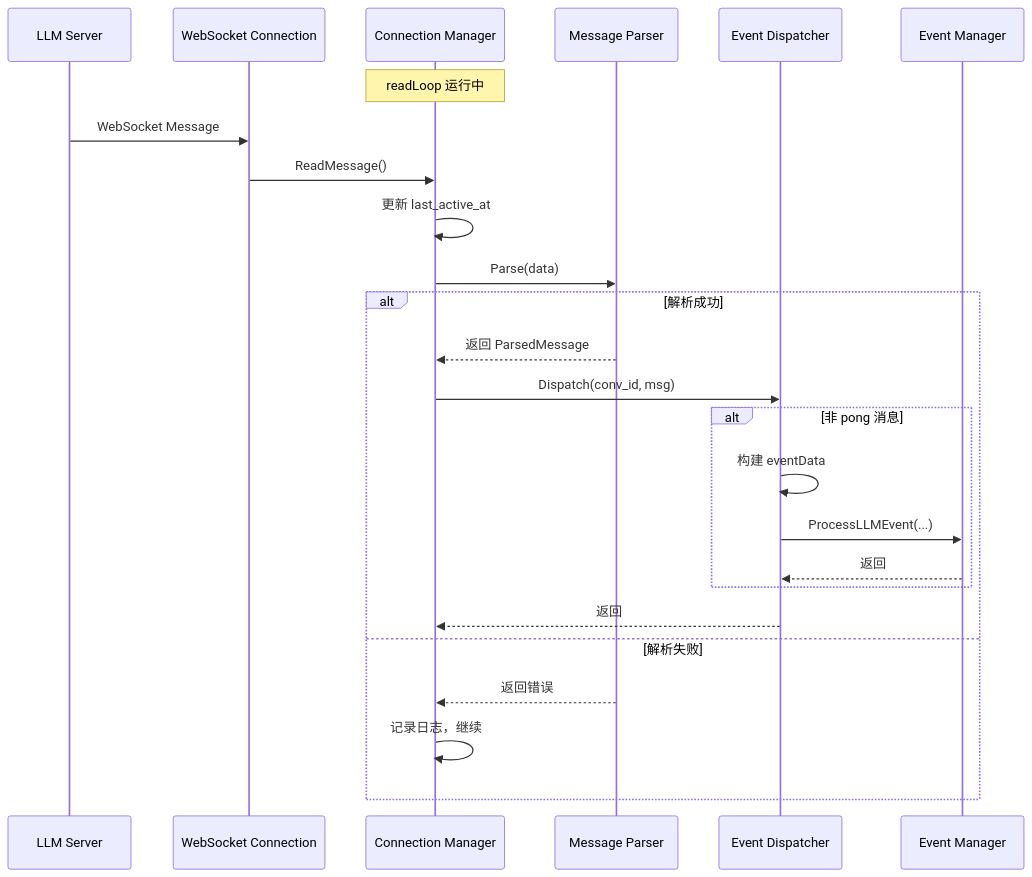
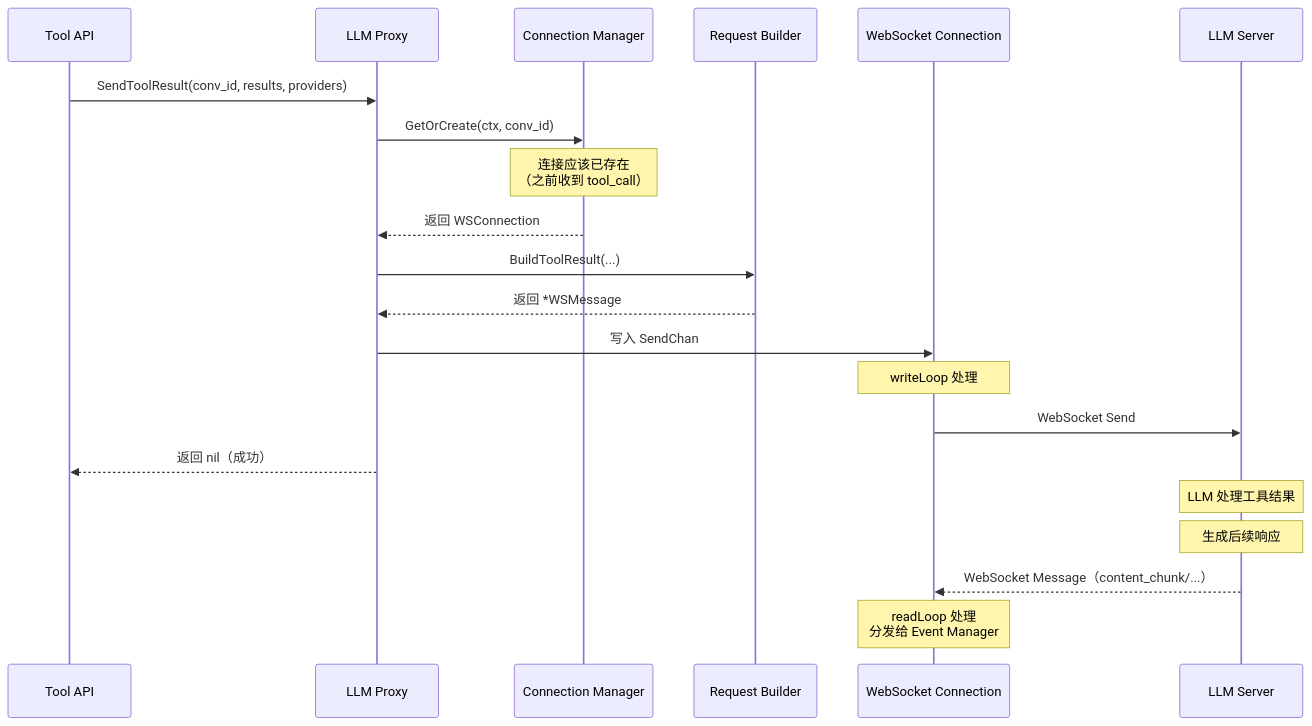
The diagram in all/未命名-10.md (yingjianzh/iodraw-files), drawn with Mermaid before and after one commit.

Commit message:
2025-12-25 18:12:22 update

````diff
--- a/all/未命名-10.md
+++ b/all/未命名-10.md
@@ -1,34 +1,34 @@
 ```mermaid
 sequenceDiagram
+    participant ToolAPI as Tool API
+    participant LLMProxy as LLM Proxy
+    participant ConnMgr as Connection Manager
+    participant ReqBuilder as Request Builder
+    participant WSConn as WebSocket Connection
     participant LLMServer as LLM Server
-    participant WSConn as WebSocket Connection
-    participant ConnMgr as Connection Manager
-    participant MsgParser as Message Parser
-    participant Dispatcher as Event Dispatcher
-    participant EventMgr as Event Manager
 
-    Note over ConnMgr: readLoop 运行中
-
-    LLMServer->>WSConn: WebSocket Message
-    WSConn->>ConnMgr: ReadMessage()
+    ToolAPI->>LLMProxy: SendToolResult(conv_id, results, providers)
     
-    ConnMgr->>ConnMgr: 更新 last_active_at
+    LLMProxy->>ConnMgr: GetOrCreate(ctx, conv_id)
     
-    ConnMgr->>MsgParser: Parse(data)
+    Note over ConnMgr: 连接应该已存在<br/>（之前收到 tool_call）
     
-    alt 解析成功
-        MsgParser-->>ConnMgr: 返回 ParsedMessage
-        ConnMgr->>Dispatcher: Dispatch(conv_id, msg)
-        
-        alt 非 pong 消息
-            Dispatcher->>Dispatcher: 构建 eventData
-            Dispatcher->>EventMgr: ProcessLLMEvent(...)
-            EventMgr-->>Dispatcher: 返回
-        end
-        
-        Dispatcher-->>ConnMgr: 返回
-    else 解析失败
-        MsgParser-->>ConnMgr: 返回错误
-        ConnMgr->>ConnMgr: 记录日志，继续
-    end
+    ConnMgr-->>LLMProxy: 返回 WSConnection
+    
+    LLMProxy->>ReqBuilder: BuildToolResult(...)
+    ReqBuilder-->>LLMProxy: 返回 *WSMessage
+    
+    LLMProxy->>WSConn: 写入 SendChan
+    
+    Note over WSConn: writeLoop 处理
+    WSConn->>LLMServer: WebSocket Send
+    
+    LLMProxy-->>ToolAPI: 返回 nil（成功）
+    
+    Note over LLMServer: LLM 处理工具结果
+    Note over LLMServer: 生成后续响应
+    
+    LLMServer-->>WSConn: WebSocket Message（content_chunk/...）
+    
+    Note over WSConn: readLoop 处理<br/>分发给 Event Manager
 ```
````
